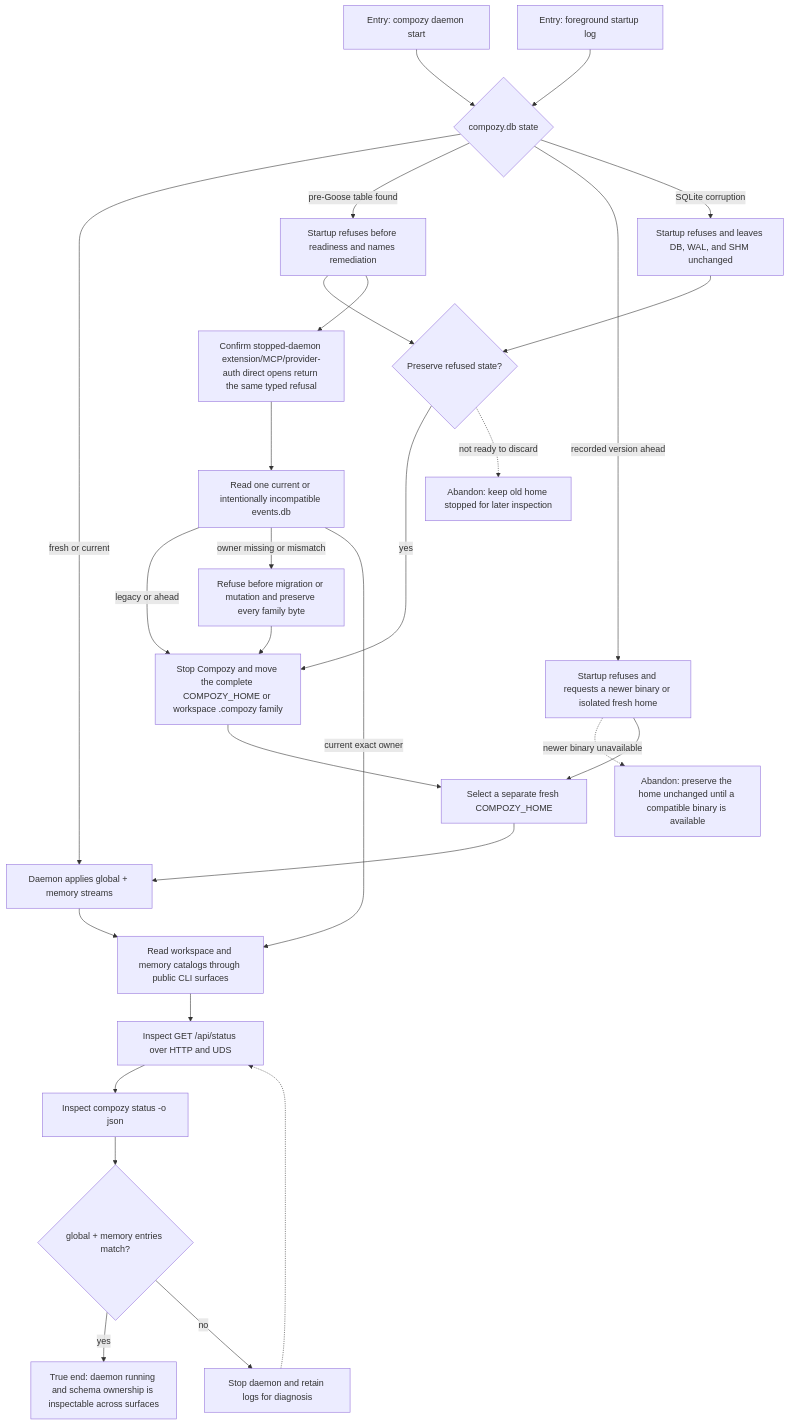
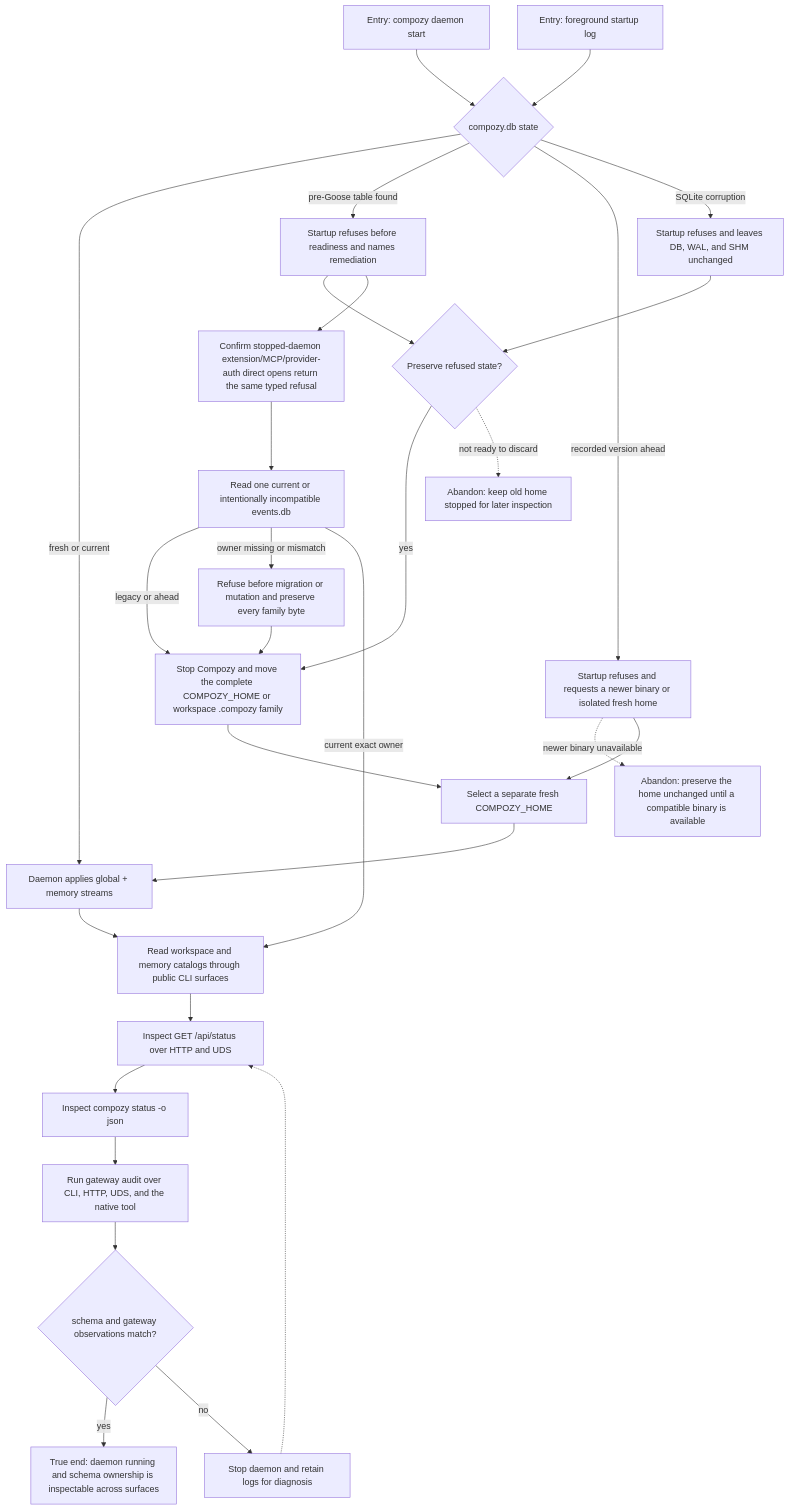
One commit to compozy/compozy changed the diagram in docs/qa/journeys/J-operate-daemon-schema.md. Above: the diagram before and after it, drawn with Mermaid. The commit also changed other lines of this file and 47 other files, not shown here.

Commit message:
feat: add gateway self-audit and native control

````diff
--- a/docs/qa/journeys/J-operate-daemon-schema.md
+++ b/docs/qa/journeys/J-operate-daemon-schema.md
@@ -6,30 +6,31 @@
 ```mermaid
 flowchart TD
     C1[Entry: compozy daemon start] --> DB{compozy.db state}
     C2[Entry: foreground startup log] --> DB
     DB -->|fresh or current| BOOT[Daemon applies global + memory streams]
     DB -->|pre-Goose table found| REFUSE[Startup refuses before readiness and names remediation]
     DB -->|recorded version ahead| AHEAD[Startup refuses and requests a newer binary or isolated fresh home]
     DB -->|SQLite corruption| CORRUPT[Startup refuses and leaves DB, WAL, and SHM unchanged]
     REFUSE --> CHOICE{Preserve refused state?}
     CORRUPT --> CHOICE
     CHOICE -->|yes| BACKUP[Stop Compozy and move the complete COMPOZY_HOME or workspace .compozy family]
     CHOICE -.->|not ready to discard| ABANDON[Abandon: keep old home stopped for later inspection]
     REFUSE --> DIRECT[Confirm stopped-daemon extension/MCP/provider-auth direct opens return the same typed refusal]
     DIRECT --> SESSIONREAD[Read one current or intentionally incompatible events.db]
     SESSIONREAD -->|legacy or ahead| BACKUP
     SESSIONREAD -->|owner missing or mismatch| OWNERREFUSE[Refuse before migration or mutation and preserve every family byte]
     OWNERREFUSE --> BACKUP
     SESSIONREAD -->|current exact owner| DOMAINS
     AHEAD -.->|newer binary unavailable| ABANDONAHEAD[Abandon: preserve the home unchanged until a compatible binary is available]
     AHEAD --> FRESH[Select a separate fresh COMPOZY_HOME]
     FRESH --> BOOT
     BACKUP --> FRESH
     BOOT --> DOMAINS[Read workspace and memory catalogs through public CLI surfaces]
     DOMAINS --> STATUS[Inspect GET /api/status over HTTP and UDS]
     STATUS --> CLI[Inspect compozy status -o json]
-    CLI --> MATCH{global + memory entries match?}
+    CLI --> AUDIT[Run gateway audit over CLI, HTTP, UDS, and the native tool]
+    AUDIT --> MATCH{schema and gateway observations match?}
     MATCH -->|yes| END[True end: daemon running and schema ownership is inspectable across surfaces]
     MATCH -->|no| STOP[Stop daemon and retain logs for diagnosis]
     STOP -.-> STATUS
 ```
````
